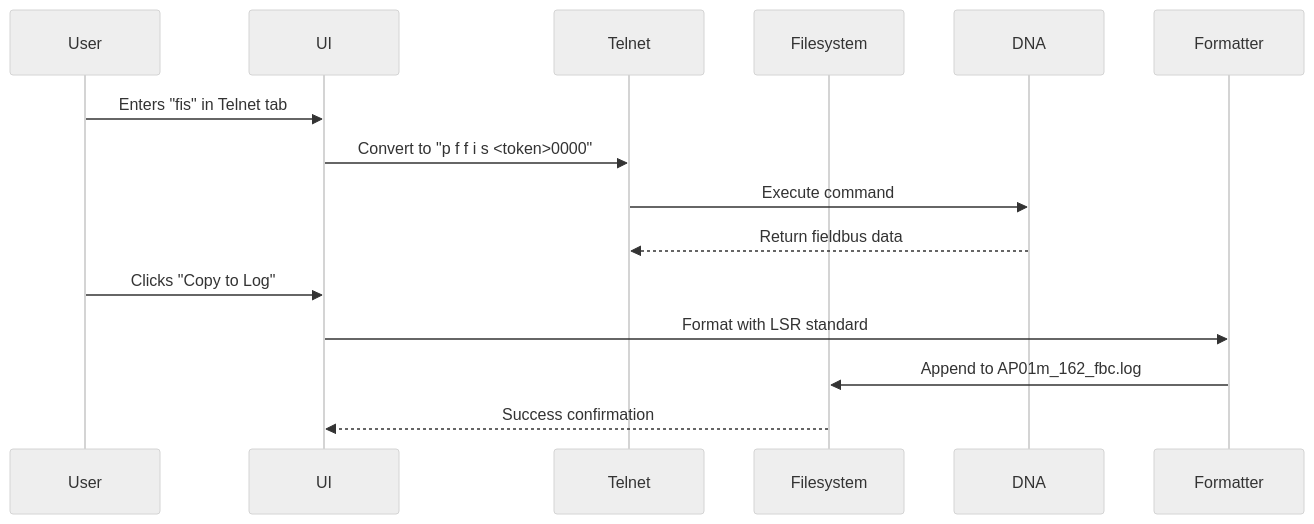
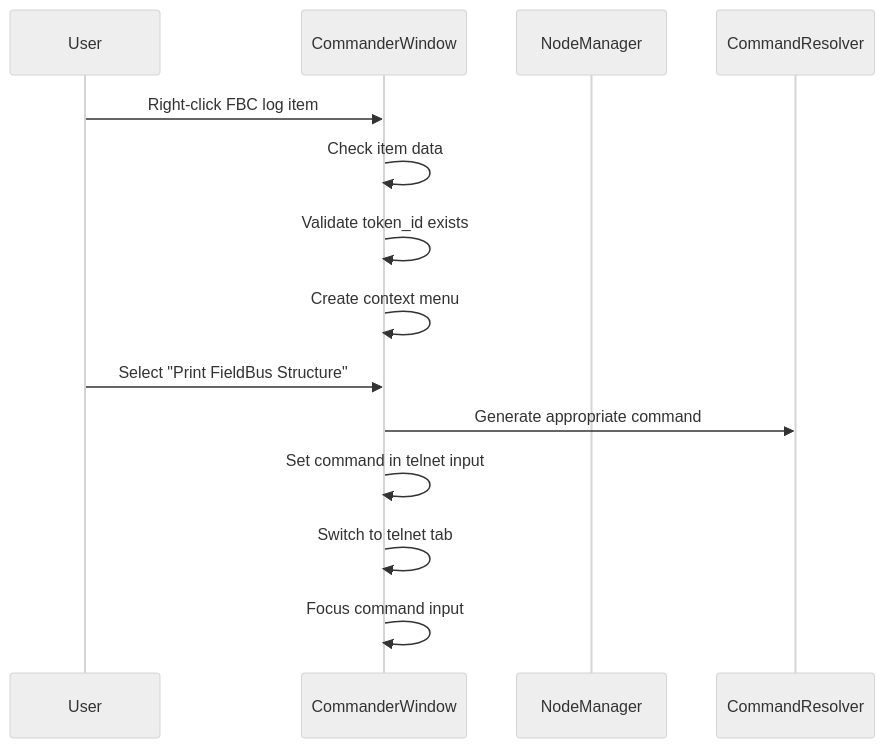
The diagram in _PROJECT/_BMPRSS/_BLUEPRINT/COMMANDER_SEQUENCE_FLOW.md (goranjovic55/LOGReport), drawn with Mermaid (neutral theme) before and after one commit. The commit also changed other lines of this file and 14 other files, not shown here.

Commit message:
Context window opening on FBC logs for Print From fieldbus

````diff
--- a/_PROJECT/_BMPRSS/_BLUEPRINT/COMMANDER_SEQUENCE_FLOW.md
+++ b/_PROJECT/_BMPRSS/_BLUEPRINT/COMMANDER_SEQUENCE_FLOW.md
@@ -7,16 +11,17 @@
 ```mermaid
 sequenceDiagram
     participant User
-    participant UI
-    participant Telnet
-    participant Filesystem
+    participant CommanderWindow
+    participant NodeManager
+    participant CommandResolver
     
-    User->>UI: Enters "fis" in Telnet tab
-    UI->>Telnet: Convert to "p f f i s <token>0000"
-    Telnet->>DNA: Execute command
-    DNA-->>Telnet: Return fieldbus data
-    User->>UI: Clicks "Copy to Log"
-    UI->>Formatter: Format with LSR standard
-    Formatter->>Filesystem: Append to AP01m_162_fbc.log
-    Filesystem-->>UI: Success confirmation
+    User->>CommanderWindow: Right-click FBC log item
+    CommanderWindow->>CommanderWindow: Check item data
+    CommanderWindow->>CommanderWindow: Validate token_id exists
+    CommanderWindow->>CommanderWindow: Create context menu
+    User->>CommanderWindow: Select "Print FieldBus Structure"
+    CommanderWindow->>CommandResolver: Generate appropriate command
+    CommanderWindow->>CommanderWindow: Set command in telnet input
+    CommanderWindow->>CommanderWindow: Switch to telnet tab
+    CommanderWindow->>CommanderWindow: Focus command input
 ```
````
